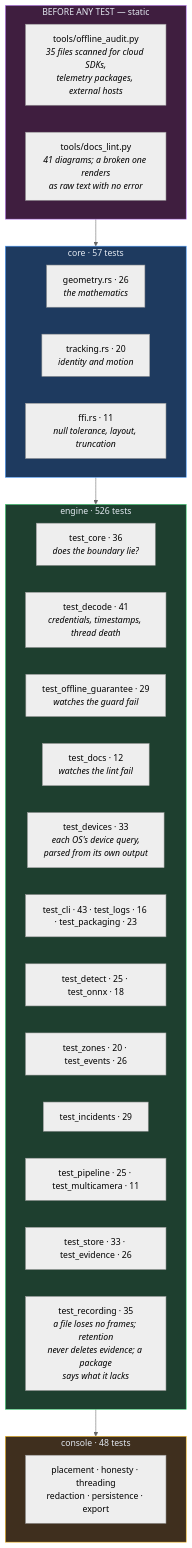
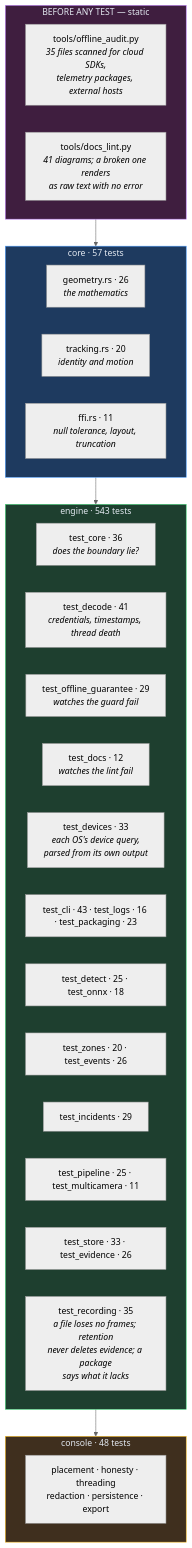
Diagram 15 of 17 in docs/OVERVIEW.md (haidar-farhat/V.I.G.I.L._Vision_Intelligence_and_Geospatial_ncident_Layer), drawn with Mermaid (neutral theme) before and after one commit. The commit also changed other lines of this file and 7 other files, not shown here.

````diff
--- a/docs/OVERVIEW.md
+++ b/docs/OVERVIEW.md
@@ -562,36 +562,36 @@
 ```mermaid
 flowchart TB
     subgraph gate["BEFORE ANY TEST — static"]
         AU["tools/offline_audit.py<br/><i>35 files scanned for cloud SDKs,<br/>telemetry packages, external hosts</i>"]
         DL["tools/docs_lint.py<br/><i>41 diagrams; a broken one renders<br/>as raw text with no error</i>"]
     end
     subgraph rust["core · 57 tests"]
         G["geometry.rs · 26<br/><i>the mathematics</i>"]
         T["tracking.rs · 20<br/><i>identity and motion</i>"]
         F["ffi.rs · 11<br/><i>null tolerance, layout, truncation</i>"]
     end
-    subgraph eng["engine · 526 tests"]
+    subgraph eng["engine · 543 tests"]
         C["test_core · 36<br/><i>does the boundary lie?</i>"]
         DE["test_decode · 41<br/><i>credentials, timestamps, thread death</i>"]
         OG["test_offline_guarantee · 29<br/><i>watches the guard fail</i>"]
         DC["test_docs · 12<br/><i>watches the lint fail</i>"]
         DV["test_devices · 33<br/><i>each OS's device query,<br/>parsed from its own output</i>"]
         CL["test_cli · 43 · test_logs · 16 · test_packaging · 23"]
         DT["test_detect · 25 · test_onnx · 18"]
         Z["test_zones · 20 · test_events · 26"]
         IN["test_incidents · 29"]
         P["test_pipeline · 25 · test_multicamera · 11"]
         ST["test_store · 33 · test_evidence · 26"]
         RE["test_recording · 35<br/><i>a file loses no frames; retention<br/>never deletes evidence; a package<br/>says what it lacks</i>"]
     end
     subgraph con["console · 48 tests"]
         CO["placement · honesty · threading<br/>redaction · persistence · export"]
     end
 
     gate --> rust --> eng --> con
 
     style gate fill:#3f1e3f,stroke:#c084fc,color:#e2e8f0
     style rust fill:#1e3a5f,stroke:#4a9eff,color:#e2e8f0
     style eng fill:#1e3f2f,stroke:#4ade80,color:#e2e8f0
     style con fill:#3f2f1e,stroke:#fbbf24,color:#e2e8f0
 ```
````
